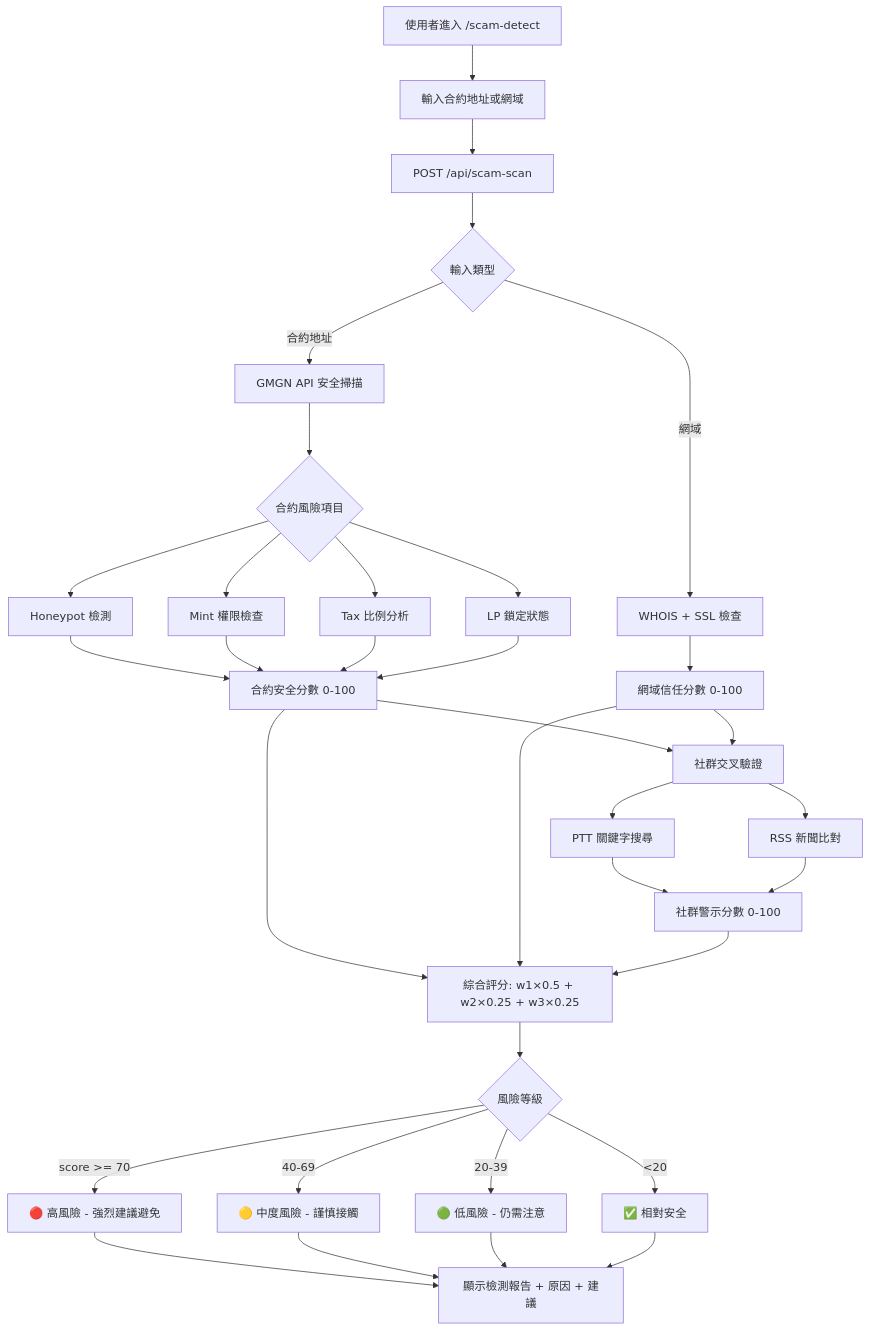
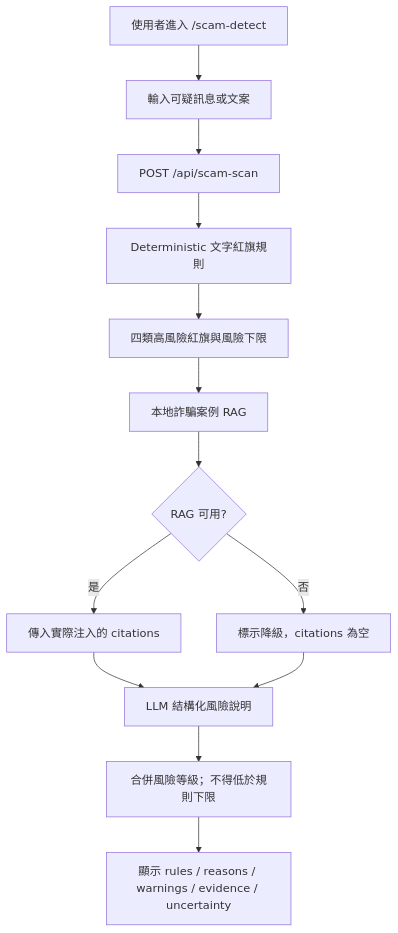
The sixth of 10 diagrams in docs/13-系統流程總覽.md (ziii-11246083/cip), drawn with Mermaid before and after one commit. The commit also changed other lines of this file and 66 other files, not shown here.

````diff
--- a/docs/13-系統流程總覽.md
+++ b/docs/13-系統流程總覽.md
@@ -161,37 +180,16 @@
 ```mermaid
 flowchart TD
-    A[使用者進入 /scam-detect] --> B[輸入合約地址或網域]
+    A[使用者進入 /scam-detect] --> B[輸入可疑訊息或文案]
     B --> C[POST /api/scam-scan]
-    
-    C --> D{輸入類型}
-    D -->|合約地址| E[GMGN API 安全掃描]
-    D -->|網域| F[WHOIS + SSL 檢查]
-    
-    E --> E1{合約風險項目}
-    E1 --> E2[Honeypot 檢測]
-    E1 --> E3[Mint 權限檢查]
-    E1 --> E4[Tax 比例分析]
-    E1 --> E5[LP 鎖定狀態]
-    
-    E2 & E3 & E4 & E5 --> G[合約安全分數 0-100]
-    F --> H[網域信任分數 0-100]
-    
-    G --> I[社群交叉驗證]
-    H --> I
-    I --> I1[PTT 關鍵字搜尋]
-    I --> I2[RSS 新聞比對]
-    
-    I1 & I2 --> J[社群警示分數 0-100]
-    
-    G --> K[綜合評分: w1×0.5 + w2×0.25 + w3×0.25]
-    H --> K
-    J --> K
-    
-    K --> L{風險等級}
-    L -->|score >= 70| M[🔴 高風險 - 強烈建議避免]
-    L -->|40-69| N[🟡 中度風險 - 謹慎接觸]
-    L -->|20-39| O[🟢 低風險 - 仍需注意]
-    L -->|<20| P[✅ 相對安全]
-    
-    M & N & O & P --> Q[顯示檢測報告 + 原因 + 建議]
+
+    C --> D[Deterministic 文字紅旗規則]
+    D --> E[四類高風險紅旗與風險下限]
+    E --> F[本地詐騙案例 RAG]
+    F --> G{RAG 可用?}
+    G -->|是| H[傳入實際注入的 citations]
+    G -->|否| I[標示降級，citations 為空]
+    H --> J[LLM 結構化風險說明]
+    I --> J
+    J --> K[合併風險等級；不得低於規則下限]
+    K --> L[顯示 rules / reasons / warnings / evidence / uncertainty]
 ```
````
